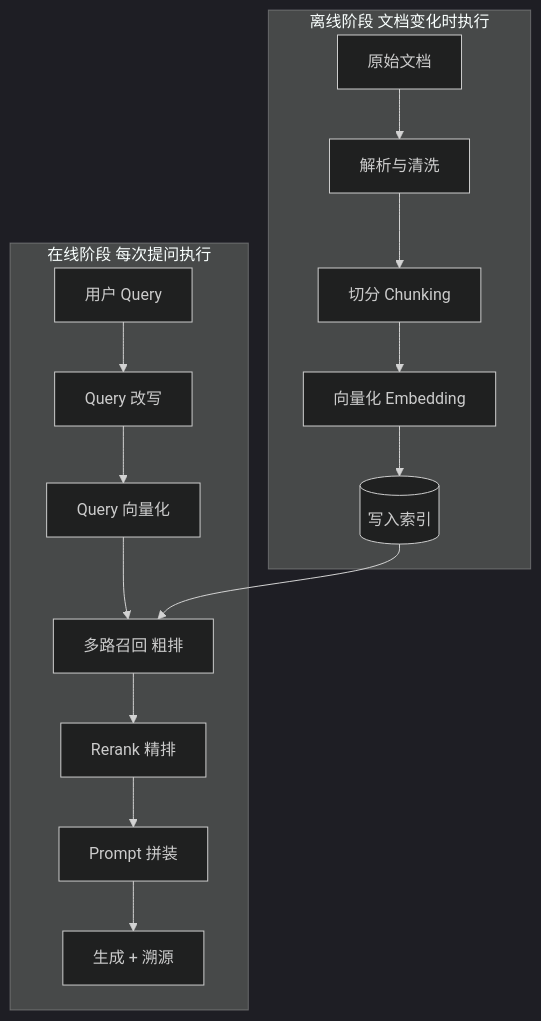
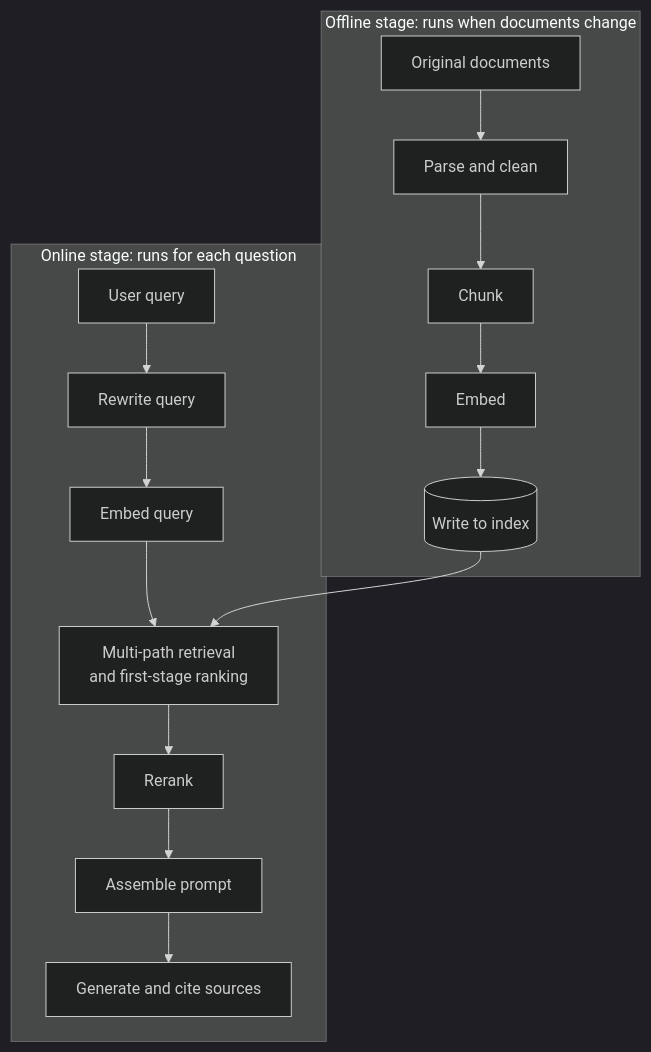
The third of 4 diagrams in docs/rag/01-foundations/01-what-is-rag.md (oneleaveknowsthefall/awesome-ai-roadmap), drawn with Mermaid (dark theme) before and after one commit. The commit also changed other lines of this file and 60 other files, not shown here.

````diff
--- a/docs/rag/01-foundations/01-what-is-rag.md
+++ b/docs/rag/01-foundations/01-what-is-rag.md
@@ -85,19 +85,19 @@
 ```mermaid
 flowchart TB
-    subgraph OFF[离线阶段 文档变化时执行]
-        D[原始文档] --> PARSE[解析与清洗]
-        PARSE --> CHUNK[切分 Chunking]
-        CHUNK --> EMB[向量化 Embedding]
-        EMB --> IDX[(写入索引)]
+    subgraph OFF[Offline stage: runs when documents change]
+        D[Original documents] --> PARSE[Parse and clean]
+        PARSE --> CHUNK[Chunk]
+        CHUNK --> EMB[Embed]
+        EMB --> IDX[(Write to index)]
     end
 
-    subgraph ON[在线阶段 每次提问执行]
-        Q[用户 Query] --> RW[Query 改写]
-        RW --> QEMB[Query 向量化]
-        QEMB --> SEARCH[多路召回 粗排]
+    subgraph ON[Online stage: runs for each question]
+        Q[User query] --> RW[Rewrite query]
+        RW --> QEMB[Embed query]
+        QEMB --> SEARCH[Multi-path retrieval<br/>and first-stage ranking]
         IDX --> SEARCH
-        SEARCH --> RERANK[Rerank 精排]
-        RERANK --> PROMPT[Prompt 拼装]
-        PROMPT --> GEN[生成 + 溯源]
+        SEARCH --> RERANK[Rerank]
+        RERANK --> PROMPT[Assemble prompt]
+        PROMPT --> GEN[Generate and cite sources]
     end
 ```
````
